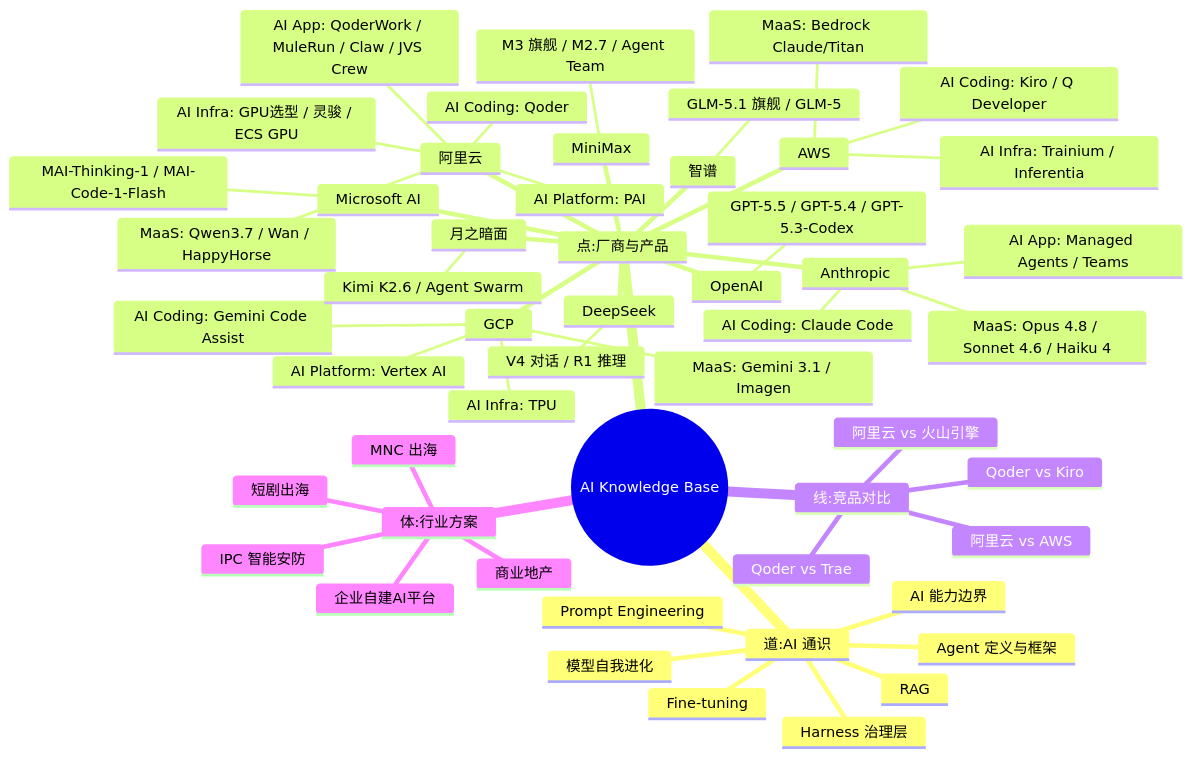
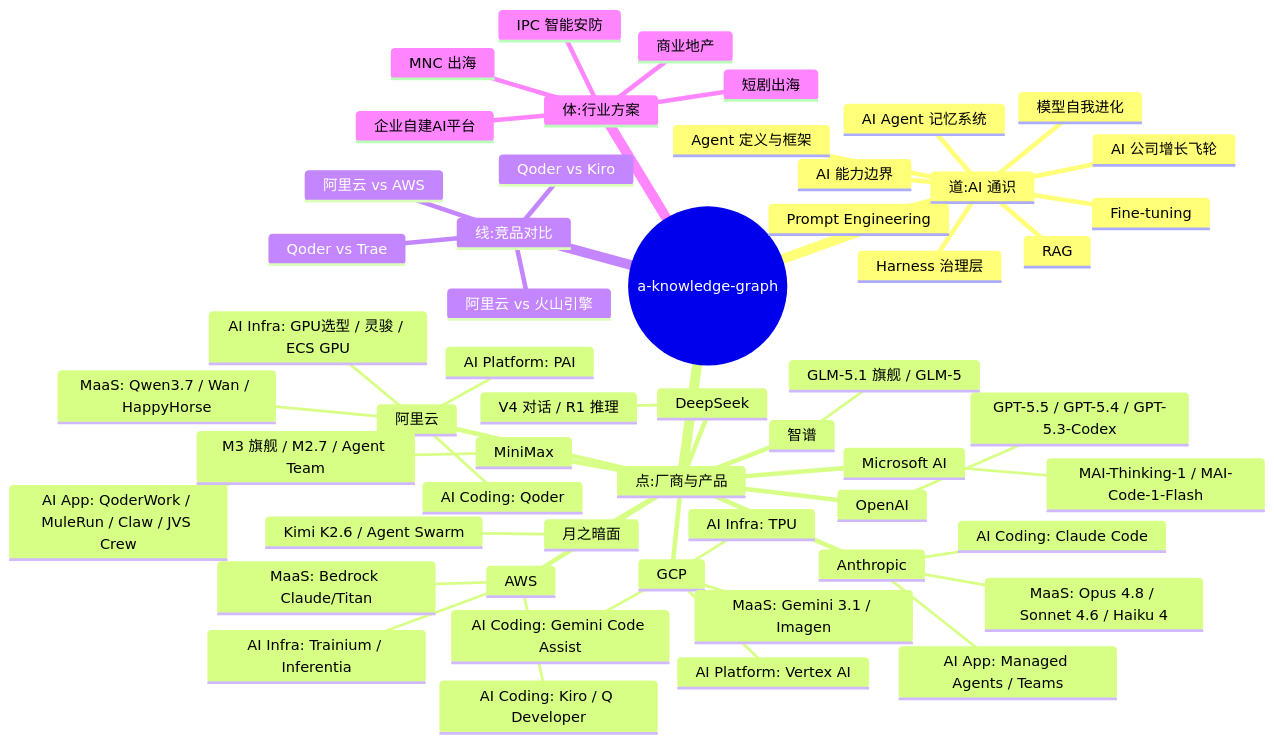
Before and after one commit to EthanNiWorld/ai-playbook-2026: the first of 2 diagrams in README.md, drawn with Mermaid. The commit also changed other lines of this file and 8 other files, not shown here.

````diff
--- a/README.md
+++ b/README.md
@@ -59,55 +78,57 @@
 ```mermaid
 mindmap
-  root((AI Knowledge Base))
+  root((a-knowledge-graph))
     道:AI 通识
       Agent 定义与框架
       Harness 治理层
       Prompt Engineering
       RAG
       Fine-tuning
       AI 能力边界
       模型自我进化
+      AI Agent 记忆系统
+      AI 公司增长飞轮
     点:厂商与产品
       阿里云
         MaaS: Qwen3.7 / Wan / HappyHorse
         AI Coding: Qoder
         AI App: QoderWork / MuleRun / Claw / JVS Crew
         AI Infra: GPU选型 / 灵骏 / ECS GPU
         AI Platform: PAI
       AWS
         MaaS: Bedrock Claude/Titan
         AI Coding: Kiro / Q Developer
         AI Infra: Trainium / Inferentia
       GCP
         MaaS: Gemini 3.1 / Imagen
         AI Coding: Gemini Code Assist
         AI Infra: TPU
         AI Platform: Vertex AI
       Anthropic
         MaaS: Opus 4.8 / Sonnet 4.6 / Haiku 4
         AI Coding: Claude Code
         AI App: Managed Agents / Teams
       MiniMax
         M3 旗舰 / M2.7 / Agent Team
       DeepSeek
         V4 对话 / R1 推理
       OpenAI
         GPT-5.5 / GPT-5.4 / GPT-5.3-Codex
       Microsoft AI
         MAI-Thinking-1 / MAI-Code-1-Flash
       智谱
         GLM-5.1 旗舰 / GLM-5
       月之暗面
         Kimi K2.6 / Agent Swarm
     线:竞品对比
       Qoder vs Kiro
       Qoder vs Trae
       阿里云 vs AWS
       阿里云 vs 火山引擎
     体:行业方案
       IPC 智能安防
       短剧出海
       商业地产
       企业自建AI平台
       MNC 出海
 ```
````
